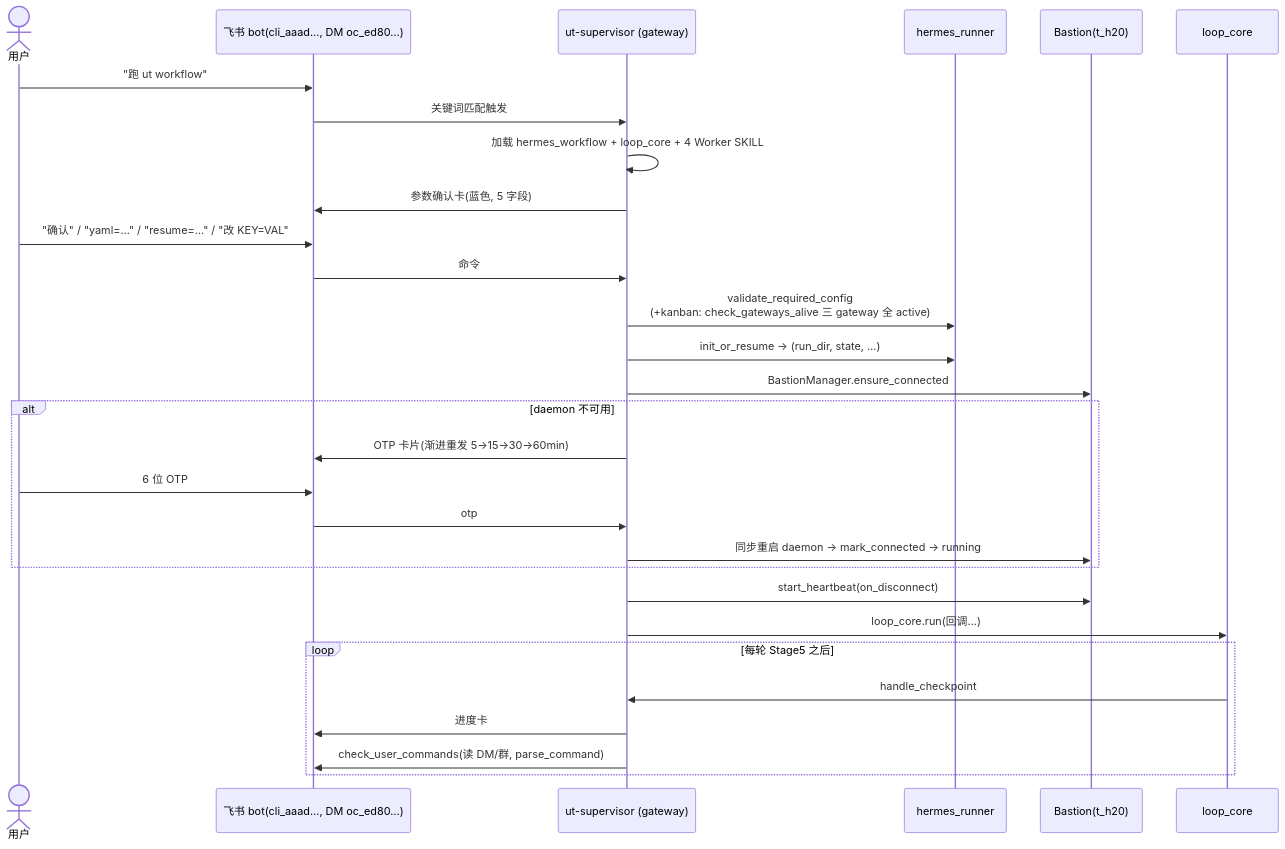
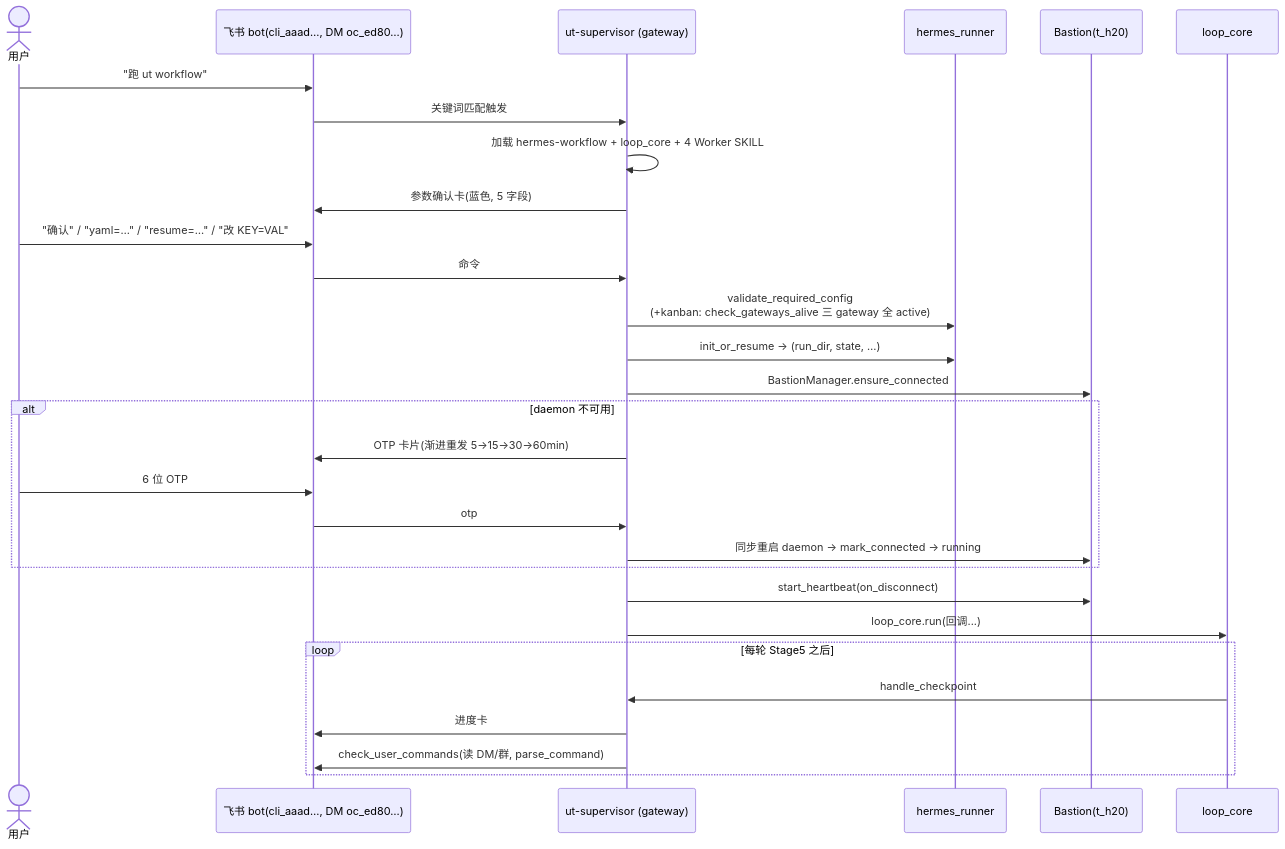
One commit to peterlau123/apmm changed the third of 4 diagrams in tasks/ut/docs/guides/ut-channels-overview.md. Above: the diagram before and after it, drawn with Mermaid. The commit also changed other lines of this file and 291 other files, not shown here.

First line of the commit message:
refactor(ut): comprehensive architecture cleanup (5-point optimization)

````diff
--- a/tasks/ut/docs/guides/ut-channels-overview.md
+++ b/tasks/ut/docs/guides/ut-channels-overview.md
@@ -97,31 +97,31 @@
 ```mermaid
 sequenceDiagram
     actor U as 用户
     participant F as 飞书 bot(cli_aaad…, DM oc_ed80…)
     participant S as ut-supervisor (gateway)
     participant R as hermes_runner
     participant B as Bastion(t_h20)
     participant L as loop_core
     U->>F: "跑 ut workflow"
     F->>S: 关键词匹配触发
-    S->>S: 加载 hermes_workflow + loop_core + 4 Worker SKILL
+    S->>S: 加载 hermes-workflow + loop_core + 4 Worker SKILL
     S->>F: 参数确认卡(蓝色, 5 字段)
     U->>F: "确认" / "yaml=…" / "resume=…" / "改 KEY=VAL"
     F->>S: 命令
     S->>R: validate_required_config<br/>(+kanban: check_gateways_alive 三 gateway 全 active)
     S->>R: init_or_resume → (run_dir, state, …)
     S->>B: BastionManager.ensure_connected
     alt daemon 不可用
         S->>F: OTP 卡片(渐进重发 5→15→30→60min)
         U->>F: 6 位 OTP
         F->>S: otp
         S->>B: 同步重启 daemon → mark_connected → running
     end
     S->>B: start_heartbeat(on_disconnect)
     S->>L: loop_core.run(回调...)
     loop 每轮 Stage5 之后
         L->>S: handle_checkpoint
         S->>F: 进度卡
         S->>F: check_user_commands(读 DM/群, parse_command)
     end
 ```
````
